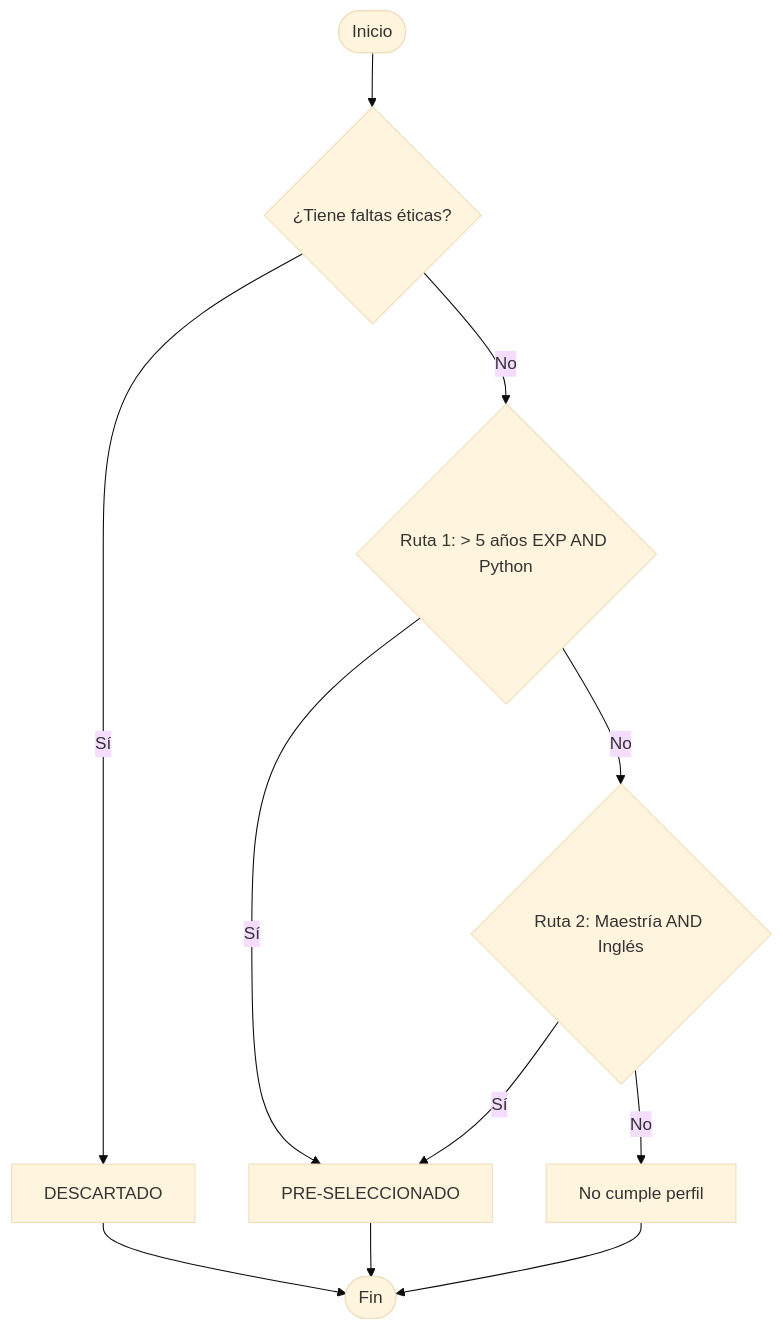
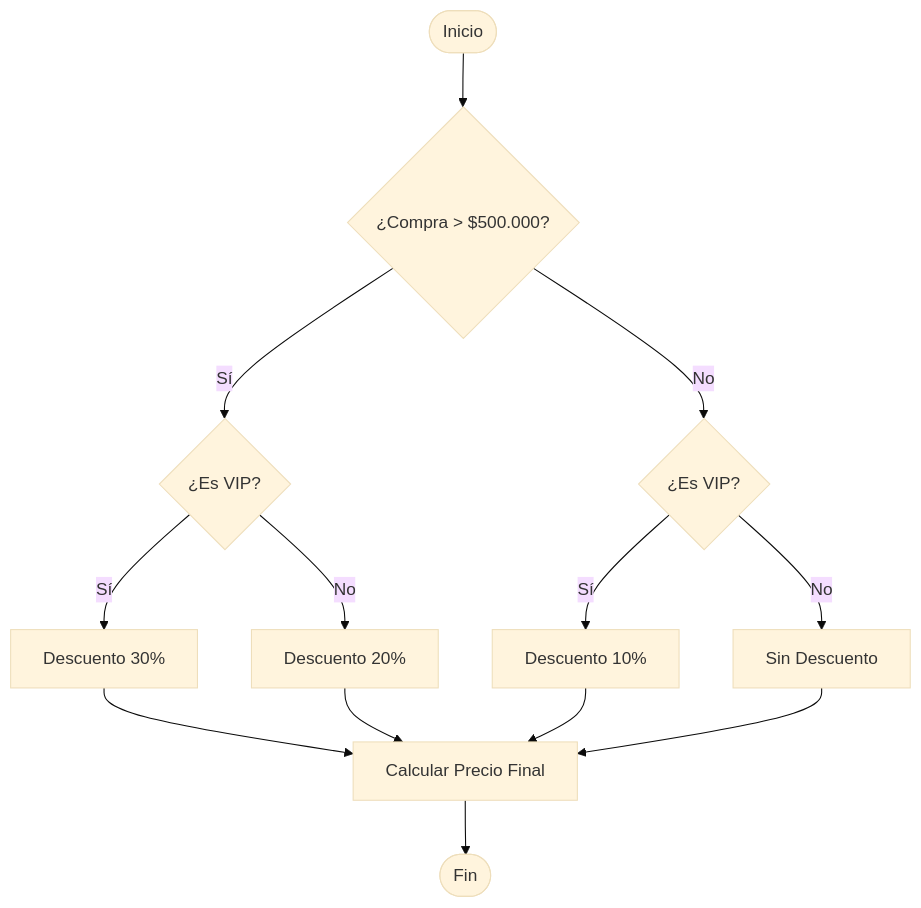
Before and after one commit to keylayudex2007-ops/resultados-retos-logica: the diagram in nivel_0/reto_03_sistema_de_calculo.md/diagrama.md, drawn with Mermaid (base theme). The commit also changed 8 other files, not shown here.

Commit message:
fundamento_diagrama

````diff
--- a/nivel_0/reto_03_sistema_de_calculo.md/diagrama.md
+++ b/nivel_0/reto_03_sistema_de_calculo.md/diagrama.md
@@ -1,13 +1,15 @@
 ```mermaid
 graph TD
-    A([Inicio]) --> B{¿Tiene faltas éticas?}
-    B -- Sí --> C[DESCARTADO]
-    B -- No --> D{Ruta 1: > 5 años EXP AND Python}
-    D -- Sí --> E[PRE-SELECCIONADO]
-    D -- No --> F{Ruta 2: Maestría AND Inglés}
-    F -- Sí --> E
-    F -- No --> G[No cumple perfil]
-    C --> H([Fin])
-    E --> H
-    G --> H
+    A([Inicio]) --> B{¿Compra > $500.000?}
+    B -- Sí --> C{¿Es VIP?}
+    C -- Sí --> D[Descuento 30%]
+    C -- No --> E[Descuento 20%]
+    B -- No --> F{¿Es VIP?}
+    F -- Sí --> G[Descuento 10%]
+    F -- No --> H[Sin Descuento]
+    D --> I[Calcular Precio Final]
+    E --> I
+    G --> I
+    H --> I
+    I --> J([Fin])
 ```
````
